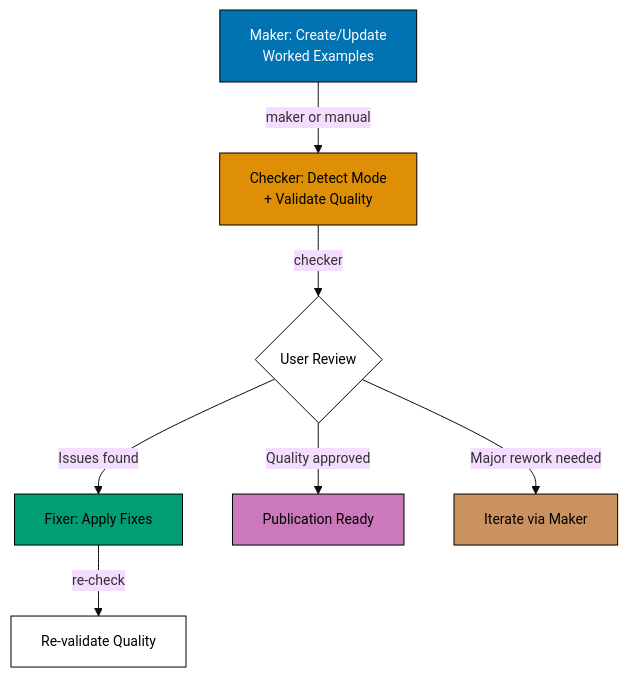
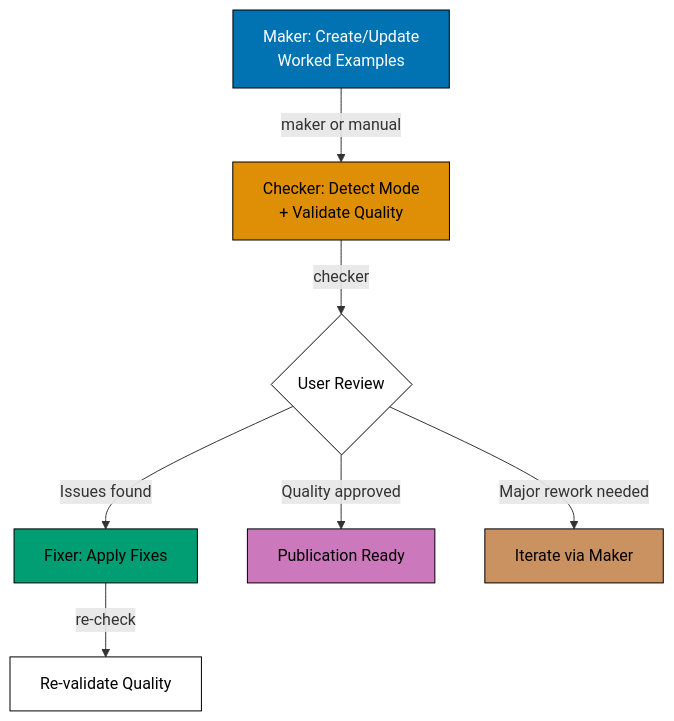
The diagram in repo-governance/workflows/ayokoding-web/ayokoding-web-annotated-concept-quality-gate/workflow-overview-and-research-delegation.md (wahidyankf/ose-public), drawn with Mermaid before and after one commit. The commit also changed 50 other files, not shown here.

First line of the commit message:
fix(mermaid): bring the docs, governance, plans, and legacy AI diagrams onto the accessible palette

````diff
--- a/repo-governance/workflows/ayokoding-web/ayokoding-web-annotated-concept-quality-gate/workflow-overview-and-research-delegation.md
+++ b/repo-governance/workflows/ayokoding-web/ayokoding-web-annotated-concept-quality-gate/workflow-overview-and-research-delegation.md
@@ -10,24 +10,23 @@
 ```mermaid
-%%{init: {'theme':'base', 'themeVariables': { 'fontSize':'14px'}}}%%
 graph TB
     accTitle: Workflow Overview
     accDescr: Maker: Create/Update Worked Examples leads to Checker: Detect Mode + Validate Quality via maker or manual; Checker: Detect Mode + Validate Quality leads to User Review via checker; and 5 more links.
     A[Maker: Create/Update<br/>Worked Examples] -- maker or manual --> B[Checker: Detect Mode<br/>+ Validate Quality]
     B -- checker --> C{User Review}
     C -- Issues found --> D[Fixer: Apply Fixes]
     D -- re-check --> E[Re-validate Quality]
     C -- Quality approved --> F[Publication Ready]
     C -- Major rework needed --> G[Iterate via Maker]
 
     classDef blue fill:#0173B2,stroke:#000000,color:#FFFFFF
     classDef orange fill:#DE8F05,stroke:#000000,color:#000000
     classDef teal fill:#029E73,stroke:#000000,color:#000000
     classDef purple fill:#CC78BC,stroke:#000000,color:#000000
     classDef brown fill:#CA9161,stroke:#000000,color:#000000
     class A blue
     class B orange
     class D teal
     class F purple
     class G brown
     classDef default fill:#FFFFFF,stroke:#000000,color:#000000
 ```
````
